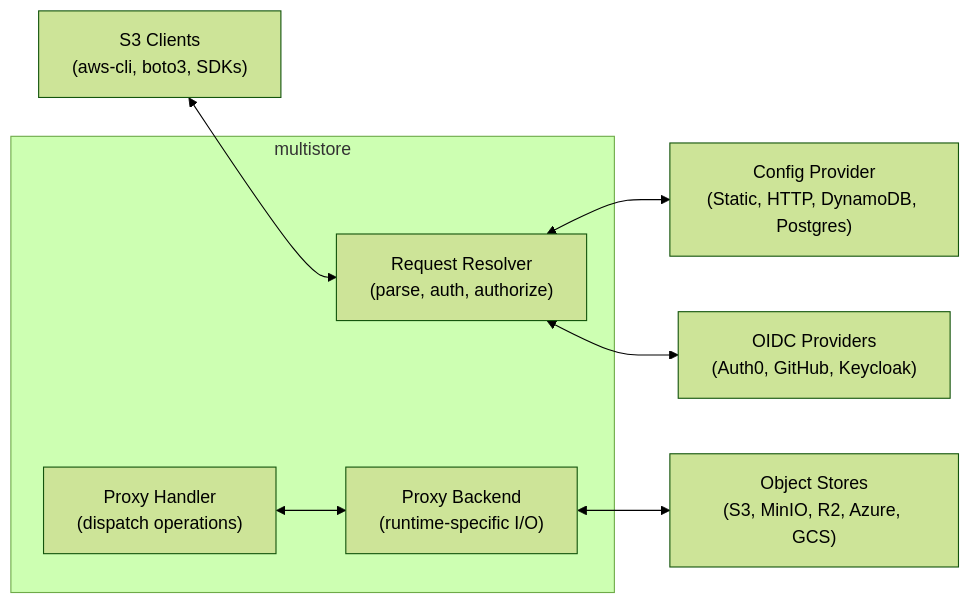
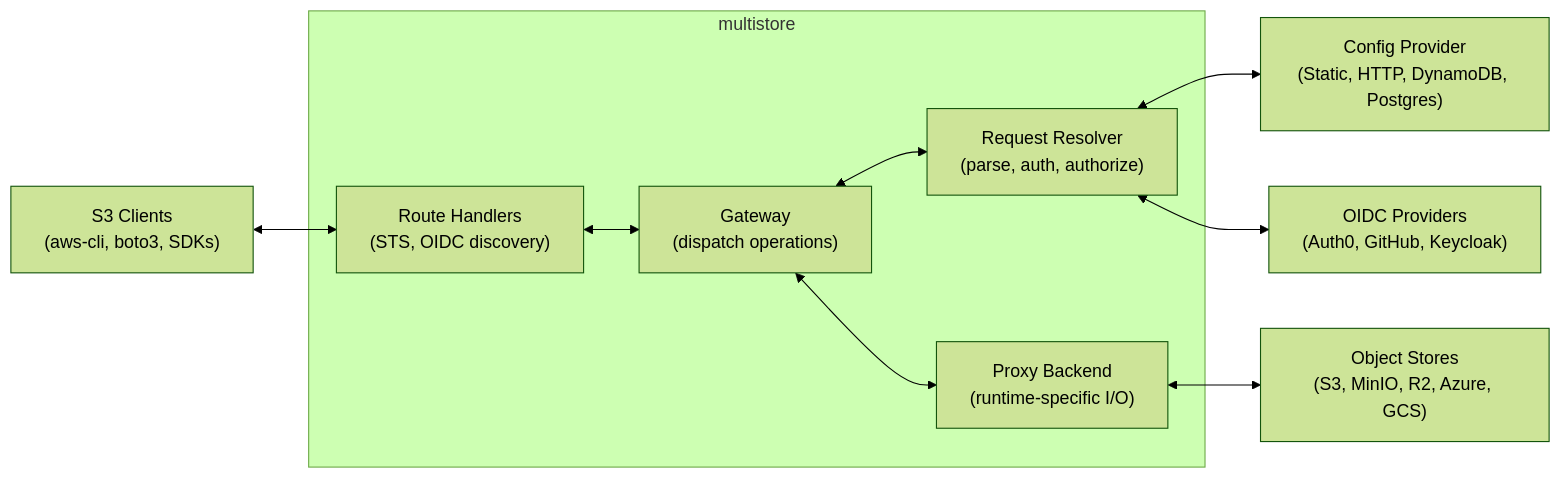
The diagram in docs/architecture/index.md (developmentseed/multistore), drawn with Mermaid (forest theme) before and after one commit. The commit also changed other lines of this file and 12 other files, not shown here.

````diff
--- a/docs/architecture/index.md
+++ b/docs/architecture/index.md
@@ -7,20 +7,23 @@
 ```mermaid
 flowchart LR
     Clients["S3 Clients<br>(aws-cli, boto3, SDKs)"]
 
     subgraph Proxy["multistore"]
+        RouteHandlers["Route Handlers<br>(STS, OIDC discovery)"]
         Resolver["Request Resolver<br>(parse, auth, authorize)"]
-        Handler["Proxy Handler<br>(dispatch operations)"]
+        Gateway["Gateway<br>(dispatch operations)"]
         Backend["Proxy Backend<br>(runtime-specific I/O)"]
     end
 
     Config["Config Provider<br>(Static, HTTP, DynamoDB, Postgres)"]
     OIDC["OIDC Providers<br>(Auth0, GitHub, Keycloak)"]
     Stores["Object Stores<br>(S3, MinIO, R2, Azure, GCS)"]
 
-    Clients <--> Resolver
+    Clients <--> RouteHandlers
+    RouteHandlers <--> Gateway
+    Gateway <--> Resolver
     Resolver <--> Config
     Resolver <--> OIDC
-    Handler <--> Backend
+    Gateway <--> Backend
     Backend <--> Stores
 ```
````
